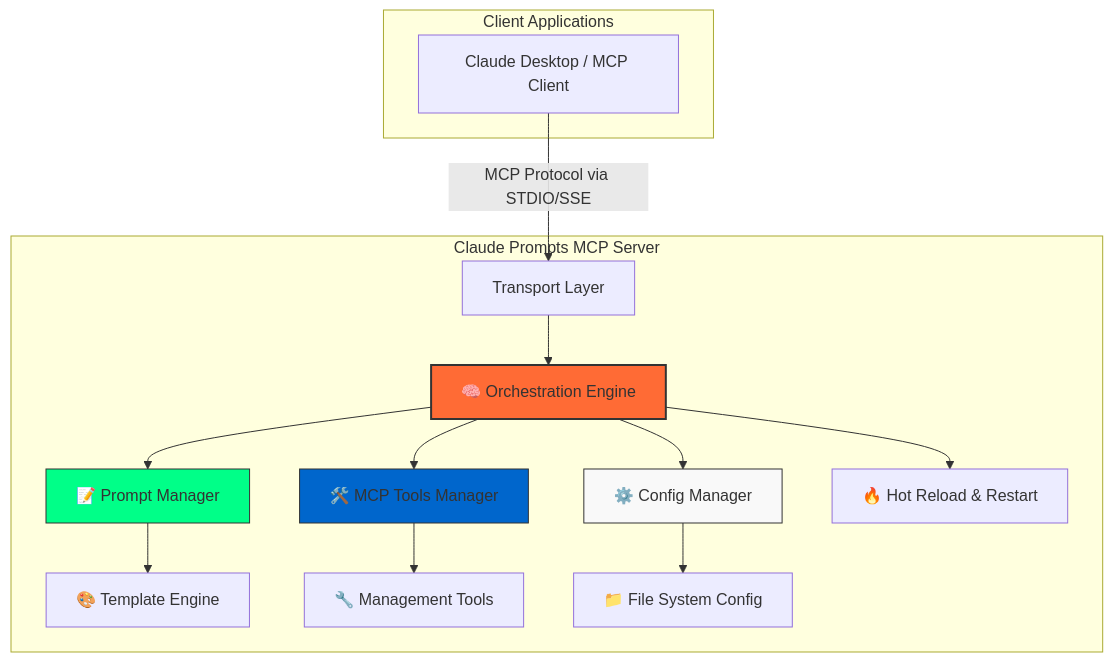
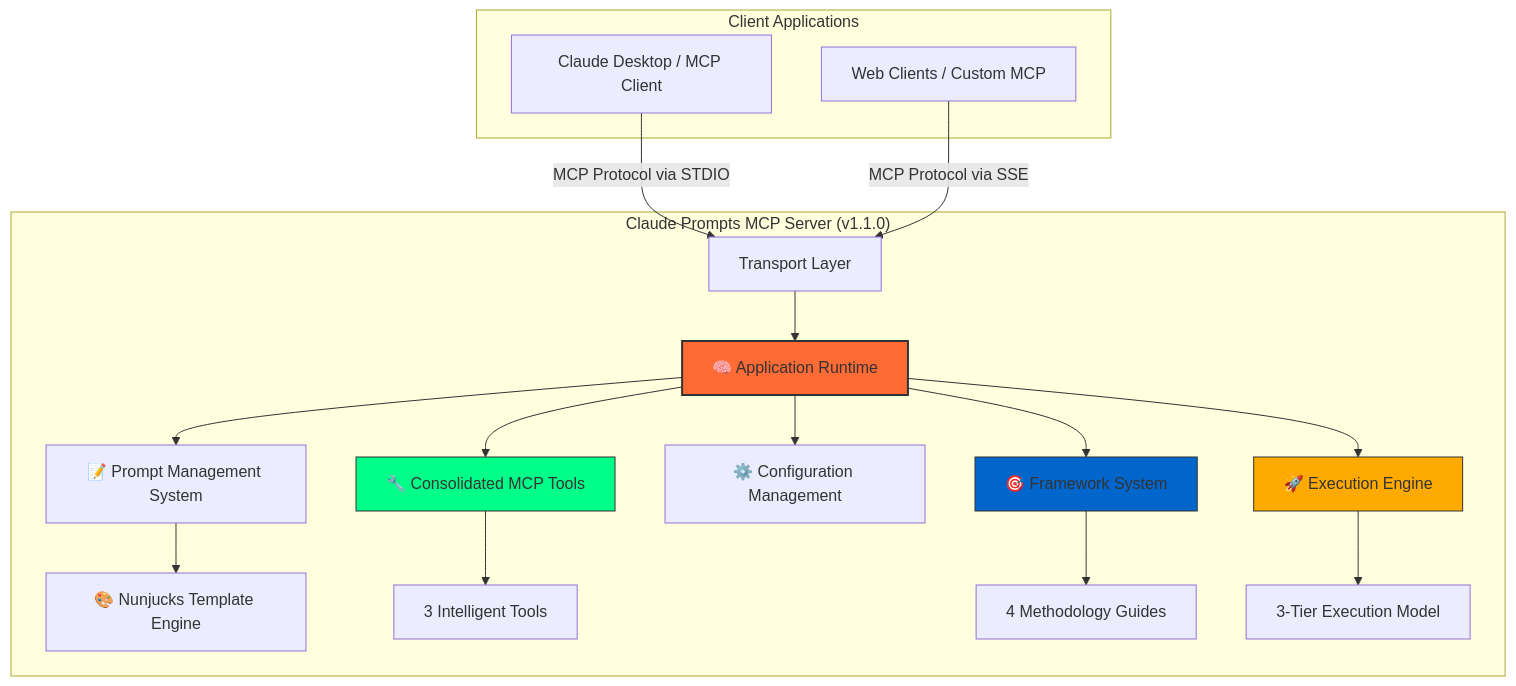
One commit to minipuft/claude-prompts-mcp changed the diagram in docs/architecture.md. Above: the diagram before and after it, drawn with Mermaid. The commit also changed other lines of this file and 107 other files, not shown here.

First line of the commit message:
feat: version 1.2.0 - major architectural consolidation and system enhancement

````diff
--- a/docs/architecture.md
+++ b/docs/architecture.md
@@ -19,25 +23,29 @@
 ```mermaid
 graph TB
     subgraph "Client Applications"
         A[Claude Desktop / MCP Client]
+        B[Web Clients / Custom MCP]
     end
 
-    subgraph "Claude Prompts MCP Server"
-        A -->|MCP Protocol via STDIO/SSE| B[Transport Layer]
-        B --> C[🧠 Orchestration Engine]
+    subgraph "Claude Prompts MCP Server (v1.1.0)"
+        A -->|MCP Protocol via STDIO| C[Transport Layer]
+        B -->|MCP Protocol via SSE| C
+        C --> D[🧠 Application Runtime]
 
-        C --> D[📝 Prompt Manager]
-        C --> E[🛠️ MCP Tools Manager]
-        C --> F[⚙️ Config Manager]
-        C --> J[🔥 Hot Reload & Restart]
+        D --> E[📝 Prompt Management System]
+        D --> F[🔧 Consolidated MCP Tools]
+        D --> G[⚙️ Configuration Management]
+        D --> H[🎯 Framework System]
+        D --> I[🚀 Execution Engine]
 
-        D --> G[🎨 Template Engine]
-        E --> H[🔧 Management Tools]
-        F --> I[📁 File System Config]
+        E --> J[🎨 Nunjucks Template Engine]
+        F --> K[3 Intelligent Tools]
+        H --> L[4 Methodology Guides]
+        I --> M[3-Tier Execution Model]
     end
 
-    style C fill:#ff6b35,stroke:#333,stroke-width:2px
-    style D fill:#00ff88,stroke:#333,stroke-width:1px
-    style E fill:#0066cc,stroke:#333,stroke-width:1px
-    style F fill:#f9f9f9,stroke:#333,stroke-width:1px
+    style D fill:#ff6b35,stroke:#333,stroke-width:2px
+    style F fill:#00ff88,stroke:#333,stroke-width:1px
+    style H fill:#0066cc,stroke:#333,stroke-width:1px
+    style I fill:#ffaa00,stroke:#333,stroke-width:1px
 ```
````
